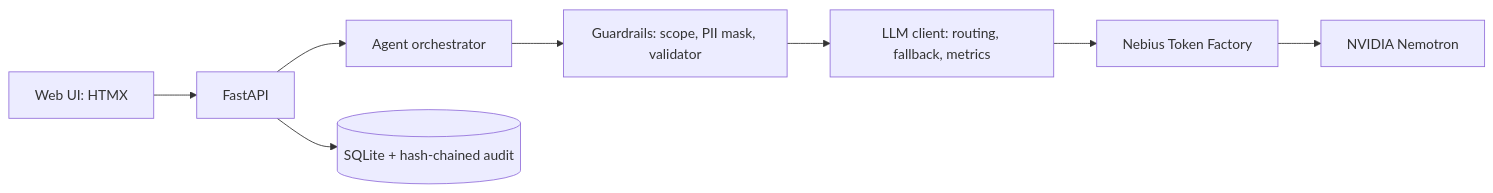
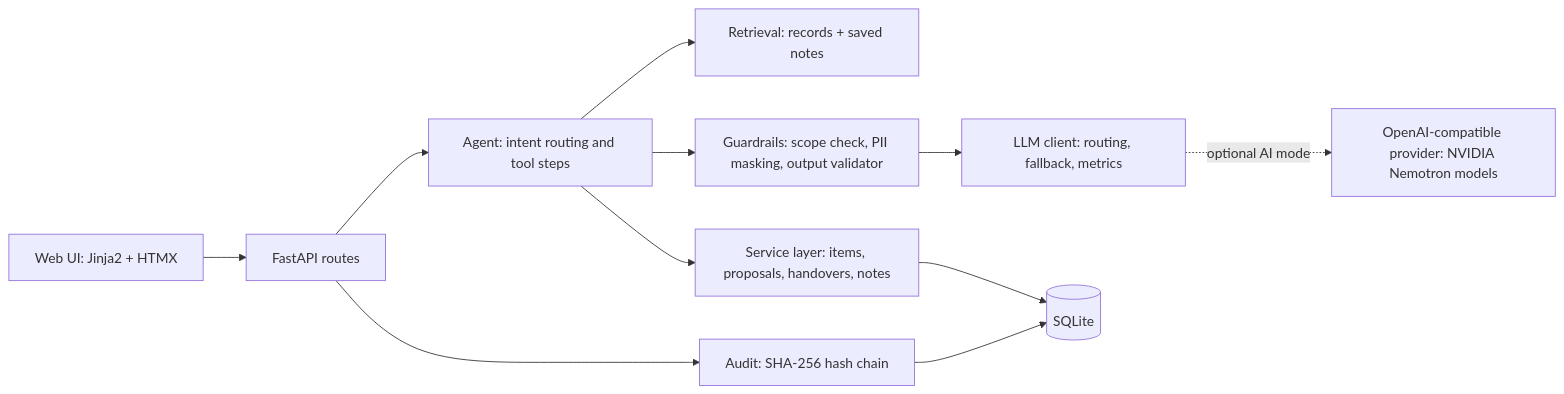
The diagram in README.md (ag0611/careflow-memory), drawn with Mermaid before and after one commit. The commit also changed other lines of this file and 1 other file, not shown here.

Commit message:
Rewrite README, remove hackathon notes

````diff
--- a/README.md
+++ b/README.md
@@ -40,9 +72,13 @@
 ```mermaid
 flowchart LR
-  UI[Web UI: HTMX] --> API[FastAPI]
-  API --> AG[Agent orchestrator]
-  AG --> G[Guardrails: scope, PII mask, validator]
+  UI[Web UI: Jinja2 + HTMX] --> API[FastAPI routes]
+  API --> AG[Agent: intent routing and tool steps]
+  AG --> RET[Retrieval: records + saved notes]
+  AG --> G[Guardrails: scope check, PII masking, output validator]
   G --> L[LLM client: routing, fallback, metrics]
-  L --> TF[Nebius Token Factory] --> N[NVIDIA Nemotron]
-  API --> DB[(SQLite + hash-chained audit)]
+  L -. optional AI mode .-> P[OpenAI-compatible provider: NVIDIA Nemotron models]
+  AG --> SV[Service layer: items, proposals, handovers, notes]
+  SV --> DB[(SQLite)]
+  API --> AU[Audit: SHA-256 hash chain]
+  AU --> DB
 ```
````
